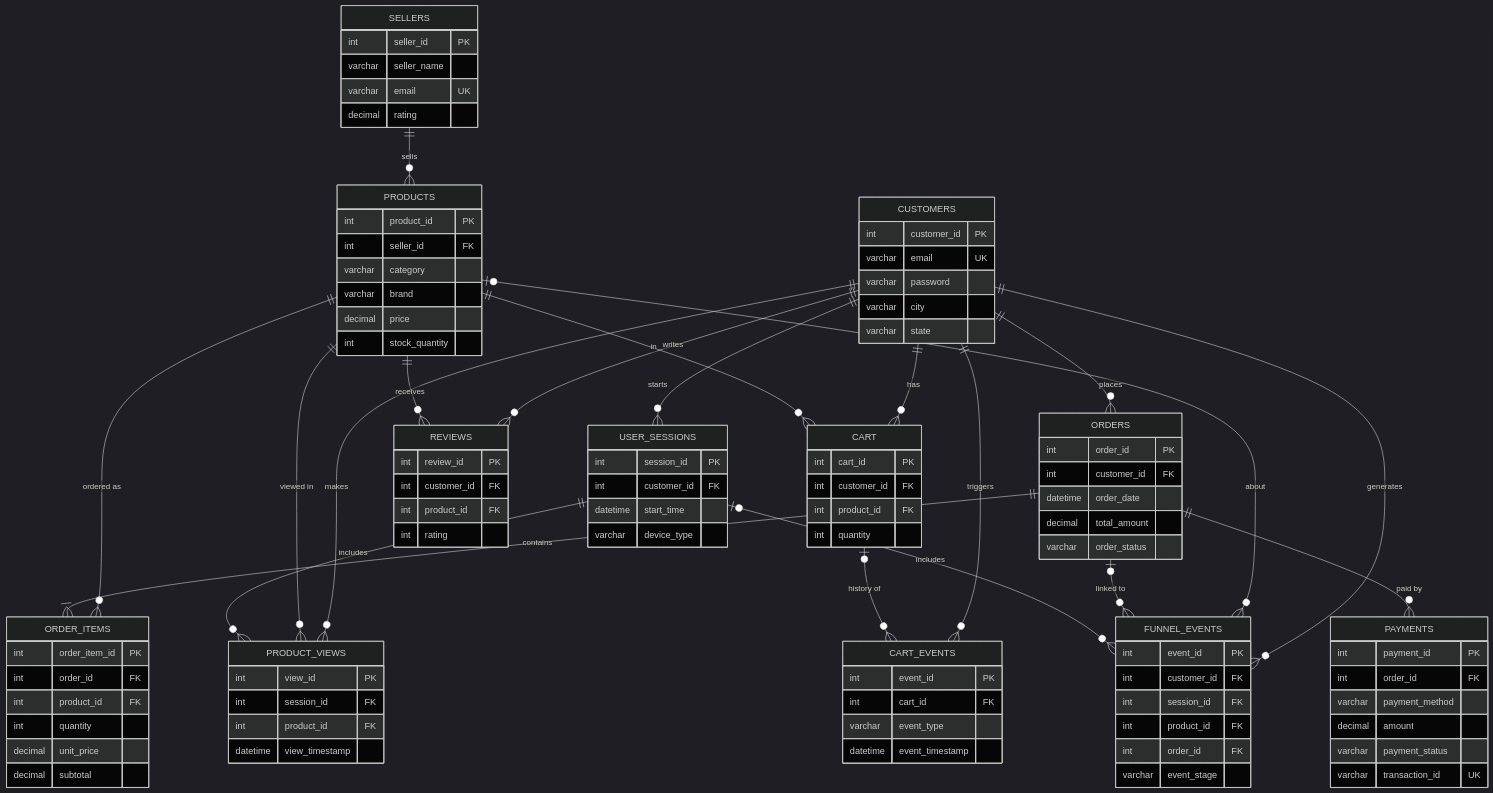
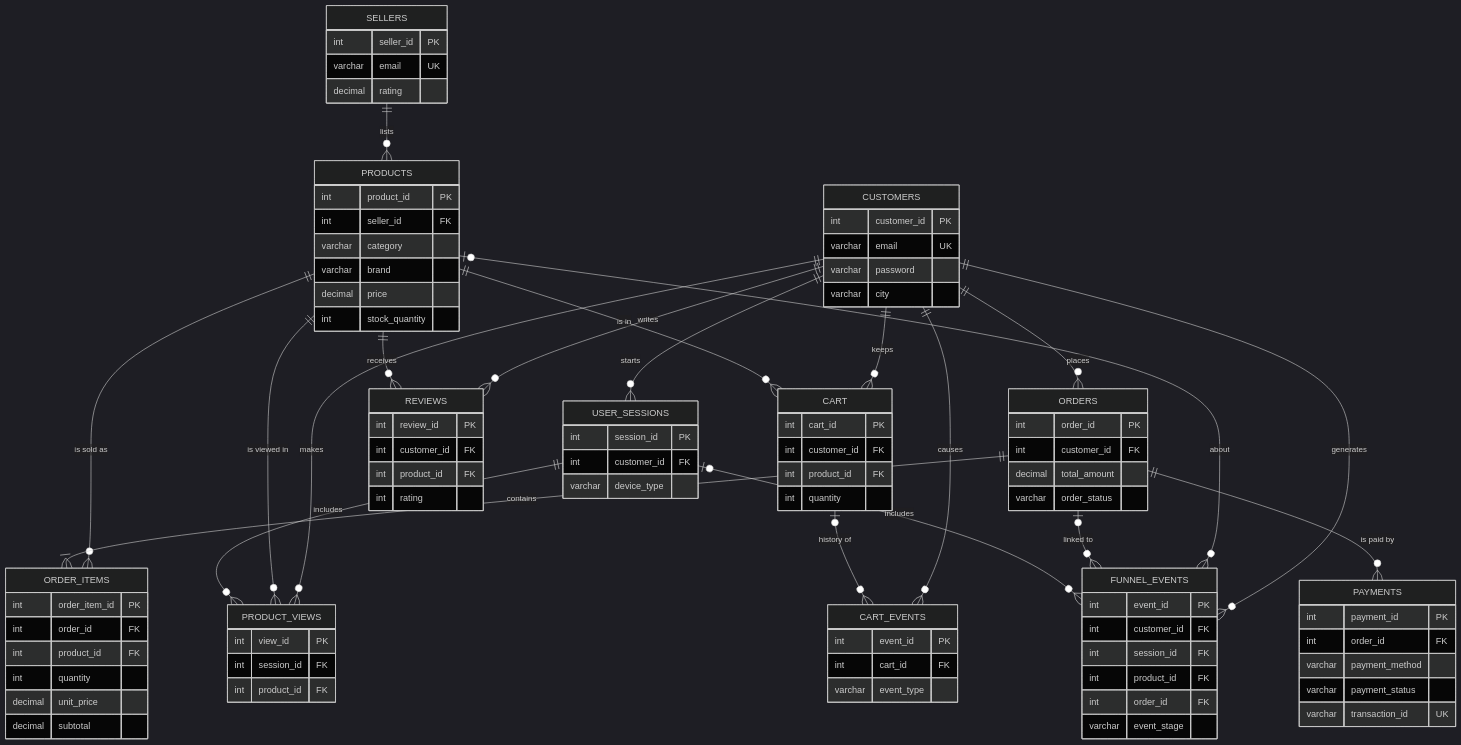
One commit to Bhavesh-max-jpj/E-commerce-project changed the second of 5 diagrams in README.md. Above: the diagram before and after it, drawn with Mermaid (dark theme). The commit also changed other lines of this file and 71 other files, not shown here.

````diff
--- a/README.md
+++ b/README.md
@@ -117,20 +193,20 @@
 ```mermaid
 erDiagram
-    SELLERS        ||--o{ PRODUCTS       : sells
+    SELLERS        ||--o{ PRODUCTS       : lists
     CUSTOMERS      ||--o{ USER_SESSIONS  : starts
-    CUSTOMERS      ||--o{ CART           : has
+    CUSTOMERS      ||--o{ CART           : keeps
     CUSTOMERS      ||--o{ ORDERS         : places
     CUSTOMERS      ||--o{ REVIEWS        : writes
     CUSTOMERS      ||--o{ PRODUCT_VIEWS  : makes
-    CUSTOMERS      ||--o{ CART_EVENTS    : triggers
+    CUSTOMERS      ||--o{ CART_EVENTS    : causes
     CUSTOMERS      ||--o{ FUNNEL_EVENTS  : generates
-    PRODUCTS       ||--o{ CART           : "in"
-    PRODUCTS       ||--o{ ORDER_ITEMS    : "ordered as"
+    PRODUCTS       ||--o{ CART           : "is in"
+    PRODUCTS       ||--o{ ORDER_ITEMS    : "is sold as"
     PRODUCTS       ||--o{ REVIEWS        : receives
-    PRODUCTS       ||--o{ PRODUCT_VIEWS  : "viewed in"
-    PRODUCTS       |o--o{ FUNNEL_EVENTS  : "about"
+    PRODUCTS       ||--o{ PRODUCT_VIEWS  : "is viewed in"
+    PRODUCTS       |o--o{ FUNNEL_EVENTS  : about
     ORDERS         ||--|{ ORDER_ITEMS    : contains
-    ORDERS         ||--o{ PAYMENTS       : "paid by"
+    ORDERS         ||--o{ PAYMENTS       : "is paid by"
     ORDERS         |o--o{ FUNNEL_EVENTS  : "linked to"
     USER_SESSIONS  ||--o{ PRODUCT_VIEWS  : includes
     USER_SESSIONS  |o--o{ FUNNEL_EVENTS  : includes
@@ -138,16 +214,8 @@
 
     SELLERS {
         int seller_id PK
-        varchar seller_name
         varchar email UK
         decimal rating
-    }
-    CUSTOMERS {
-        int customer_id PK
-        varchar email UK
-        varchar password
-        varchar city
-        varchar state
     }
     PRODUCTS {
         int product_id PK
@@ -157,10 +225,15 @@
         decimal price
         int stock_quantity
     }
+    CUSTOMERS {
+        int customer_id PK
+        varchar email UK
+        varchar password
+        varchar city
+    }
     ORDERS {
         int order_id PK
         int customer_id FK
-        datetime order_date
         decimal total_amount
         varchar order_status
     }
@@ -176,7 +249,6 @@
         int payment_id PK
         int order_id FK
         varchar payment_method
-        decimal amount
         varchar payment_status
         varchar transaction_id UK
     }
@@ -190,7 +262,6 @@
         int event_id PK
         int cart_id FK
         varchar event_type
-        datetime event_timestamp
     }
     REVIEWS {
         int review_id PK
@@ -201,14 +272,12 @@
     USER_SESSIONS {
         int session_id PK
         int customer_id FK
-        datetime start_time
         varchar device_type
     }
     PRODUCT_VIEWS {
         int view_id PK
         int session_id FK
         int product_id FK
-        datetime view_timestamp
     }
     FUNNEL_EVENTS {
         int event_id PK
````
